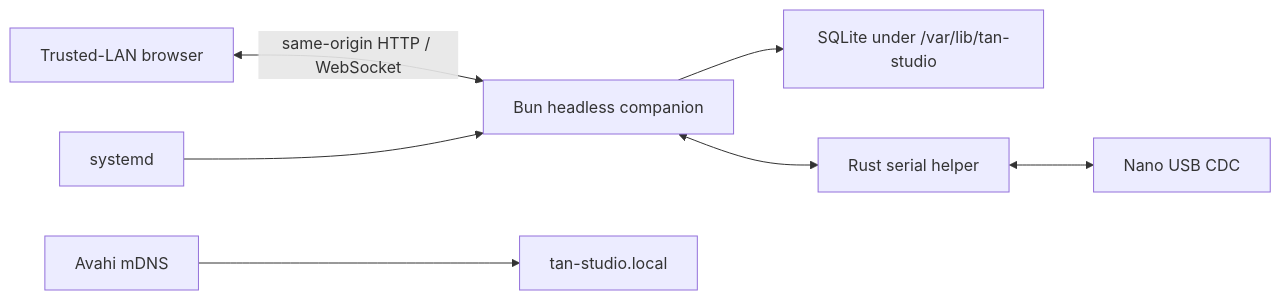
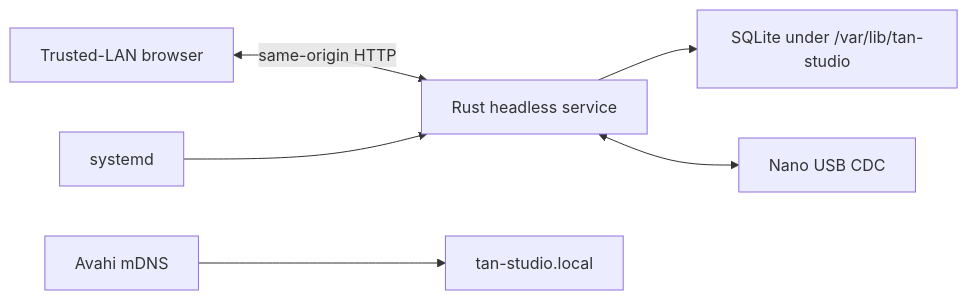
The fifth of 10 diagrams in docs/04-technical-specification.md (xavierroma/tan-studio), drawn with Mermaid before and after one commit. The commit also changed other lines of this file and 34 other files, not shown here.

````diff
--- a/docs/04-technical-specification.md
+++ b/docs/04-technical-specification.md
@@ -213,8 +209,8 @@
 ```mermaid
 flowchart LR
-    Browser["Trusted-LAN browser"] <-->|"same-origin HTTP / WebSocket"| Service["Bun headless companion"]
+    Browser["Trusted-LAN browser"] <-->|"same-origin HTTP"| Service["Rust headless service"]
     Service --> DB["SQLite under /var/lib/tan-studio"]
-    Service <--> Helper["Rust serial helper"] <--> Nano["Nano USB CDC"]
+    Service <--> Nano["Nano USB CDC"]
     Systemd["systemd"] --> Service
     Avahi["Avahi mDNS"] --> Name["tan-studio.local"]
 ```
````
